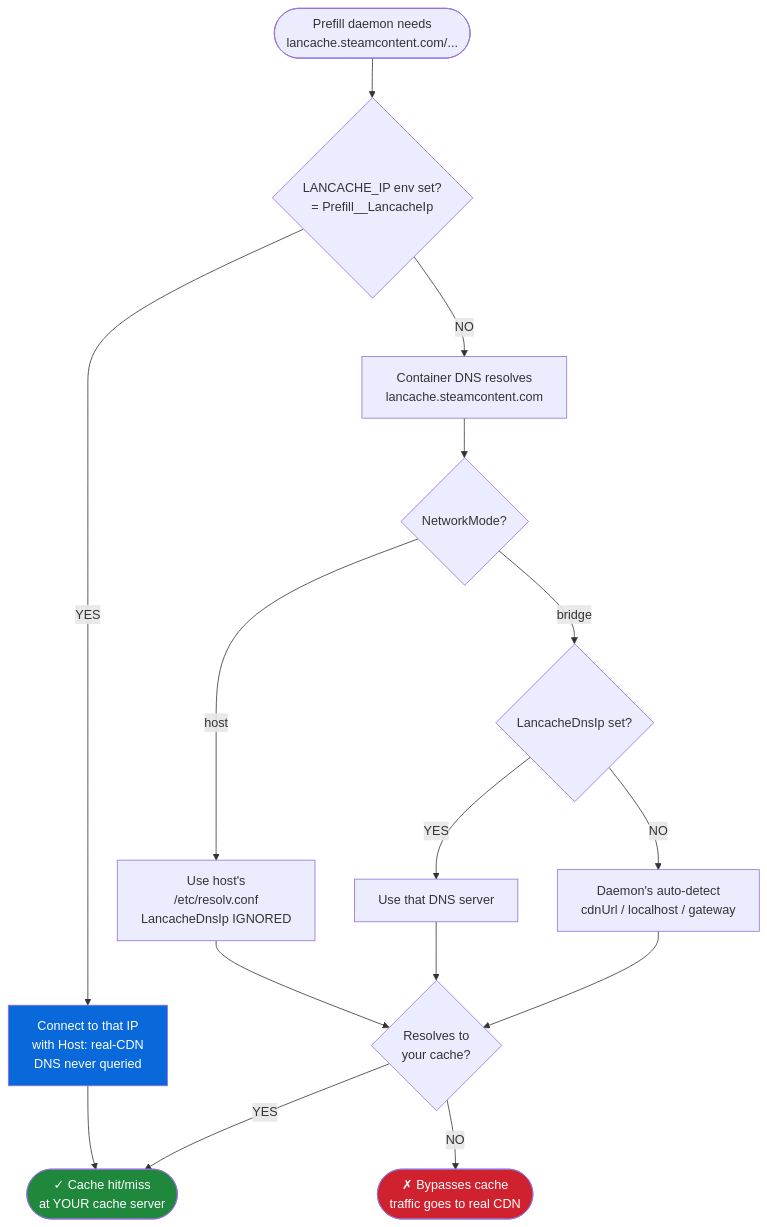
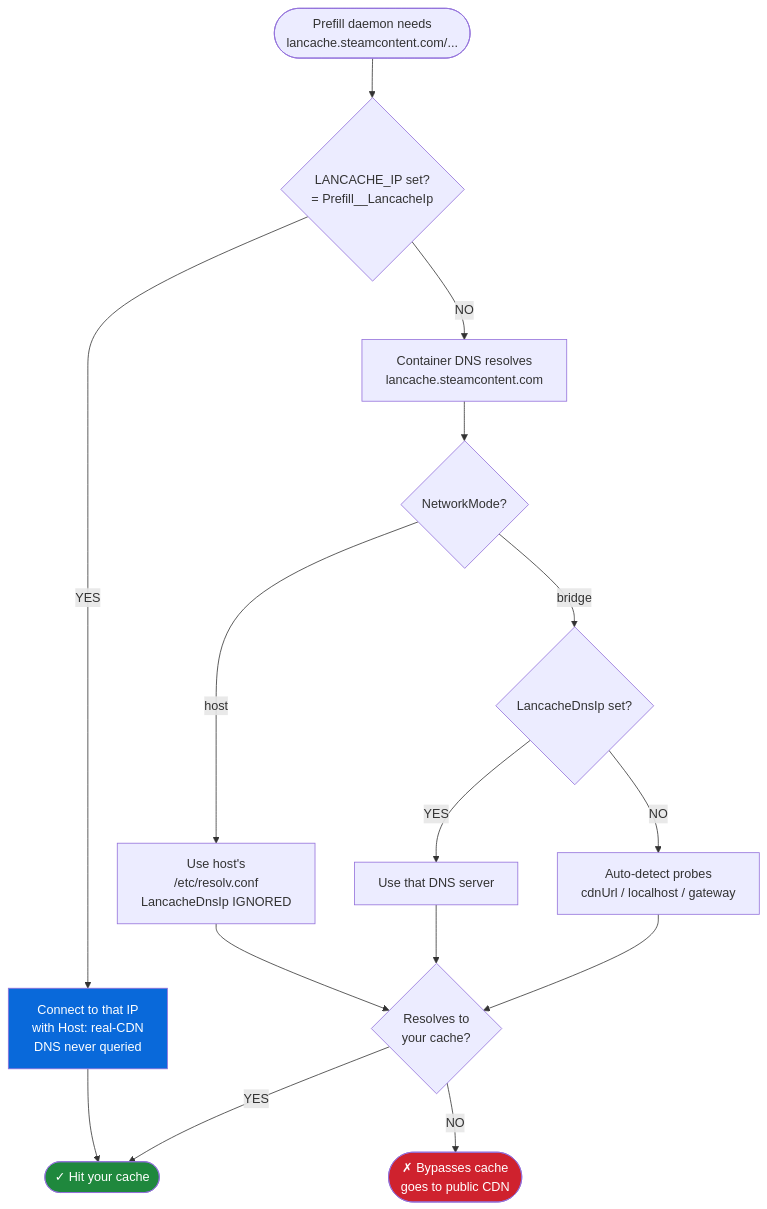
The diagram in README.MD (regix1/lancache-manager), drawn with Mermaid before and after one commit. The commit also changed other lines of this file, not shown here.

````diff
--- a/README.MD
+++ b/README.MD
@@ -537,30 +519,30 @@
 ```mermaid
 flowchart TD
     Start([Prefill daemon needs<br/>lancache.steamcontent.com/...])
-    LIP{LANCACHE_IP env set?<br/>= Prefill__LancacheIp}
+    LIP{LANCACHE_IP set?<br/>= Prefill__LancacheIp}
 
     Start --> LIP
 
     LIP -->|YES| Direct[Connect to that IP<br/>with Host: real-CDN<br/>DNS never queried]
-    Direct --> OK([✓ Cache hit/miss<br/>at YOUR cache server])
+    Direct --> OK([✓ Hit your cache])
 
     LIP -->|NO| DNS[Container DNS resolves<br/>lancache.steamcontent.com]
     DNS --> Mode{NetworkMode?}
 
     Mode -->|host| HostDNS[Use host's<br/>/etc/resolv.conf<br/>LancacheDnsIp IGNORED]
     Mode -->|bridge| BridgeDNS{LancacheDnsIp set?}
 
     BridgeDNS -->|YES| ForcedDNS[Use that DNS server]
-    BridgeDNS -->|NO| AutoDetect[Daemon's auto-detect<br/>cdnUrl / localhost / gateway]
+    BridgeDNS -->|NO| AutoDetect[Auto-detect probes<br/>cdnUrl / localhost / gateway]
 
     HostDNS --> Outcome{Resolves to<br/>your cache?}
     ForcedDNS --> Outcome
     AutoDetect --> Outcome
 
     Outcome -->|YES| OK
-    Outcome -->|NO| Public([✗ Bypasses cache<br/>traffic goes to real CDN])
+    Outcome -->|NO| Public([✗ Bypasses cache<br/>goes to public CDN])
 
     style OK fill:#1f883d,color:#fff
     style Public fill:#cf222e,color:#fff
     style Direct fill:#0969da,color:#fff
 ```
````
